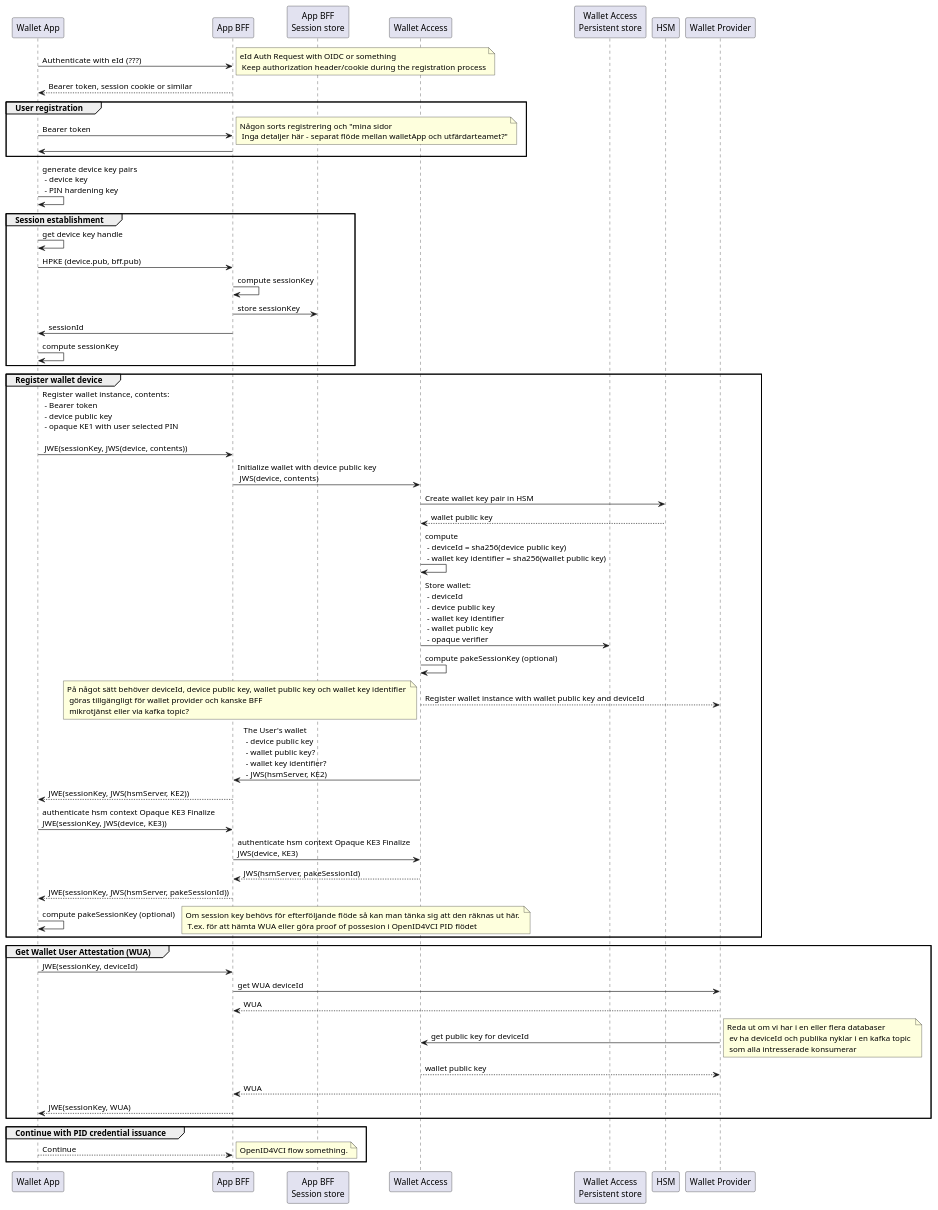
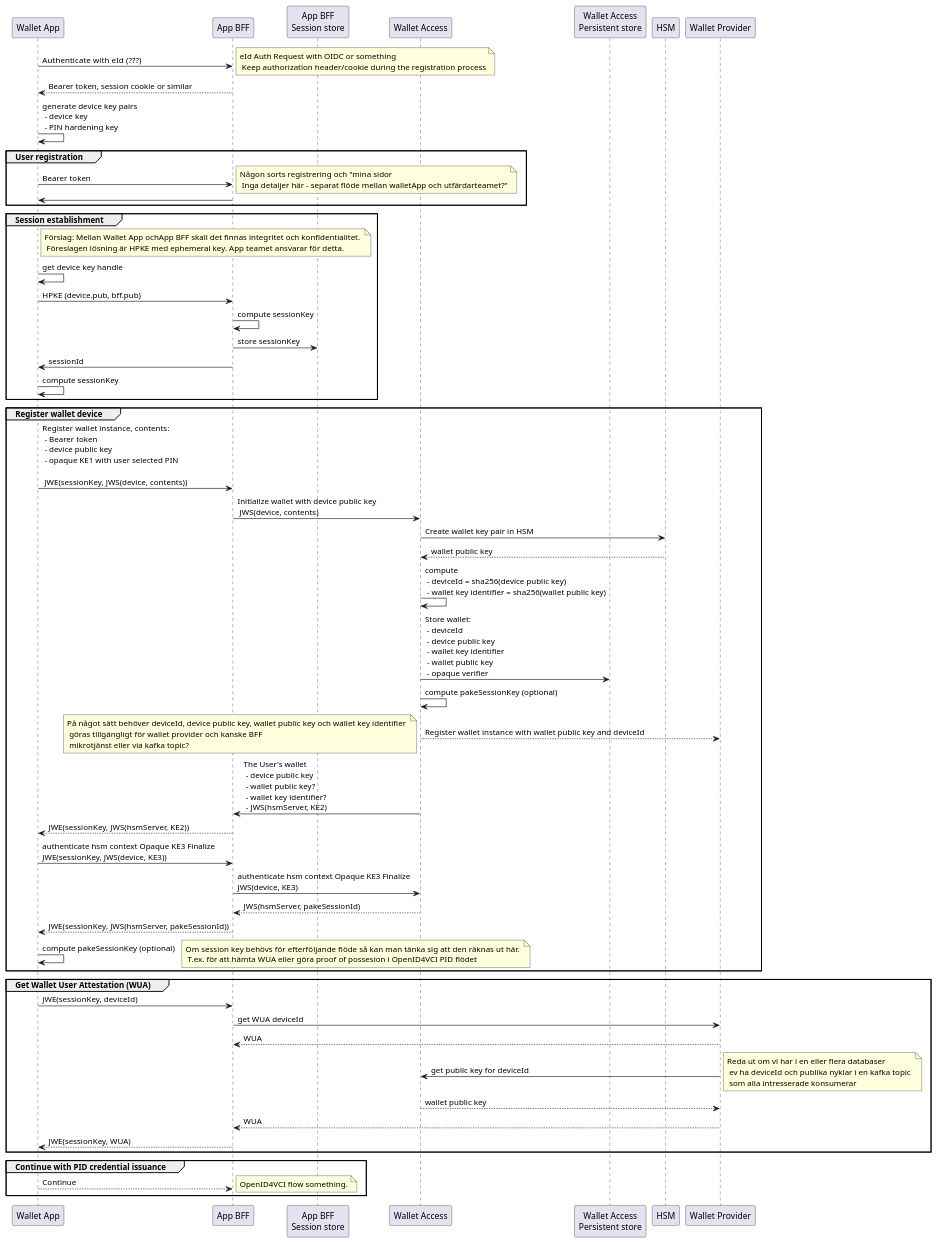
One commit to rpsops/r2ps-docs changed the diagram in registrering.md. Above: the diagram before and after it, drawn with PlantUML. The commit also changed other lines of this file and 1 other file, not shown here.

Commit message:
chore: add bff clarification

````diff
--- a/registrering.md
+++ b/registrering.md
@@ -5,75 +5,77 @@
 ```plantuml
 @startuml
 
 participant "Wallet App" as walletApp
 participant "App BFF" as walletBff
 participant "App BFF\nSession store" as sessionStore
 participant "Wallet Access" as walletAccess
 participant "Wallet Access\nPersistent store" as walletAccessPersistentStore
 participant "HSM" as hsm
 participant "Wallet Provider" as walletProvider
 
 
 walletApp -> walletBff: Authenticate with eId  (???)
 note right: eId Auth Request with OIDC or something \n Keep authorization header/cookie during the registration process
 walletBff --> walletApp: Bearer token, session cookie or similar
 
+
+walletApp -> walletApp: generate device key pairs\n - device key \n - PIN hardening key
+
 group User registration 
 walletApp -> walletBff: Bearer token 
 note right: Någon sorts registrering och "mina sidor \n Inga detaljer här - separat flöde mellan walletApp och utfärdarteamet?" 
 walletBff -> walletApp: 
 end
 
-walletApp -> walletApp: generate device key pairs\n - device key \n - PIN hardening key
-
 group Session establishment
+note right of walletApp: Förslag: Mellan Wallet App ochApp BFF skall det finnas integritet och konfidentialitet. \n Föreslagen lösning är HPKE med ephemeral key. App teamet ansvarar för detta.  
 walletApp -> walletApp: get device key handle
 walletApp -> walletBff: HPKE (device.pub, bff.pub)
 walletBff -> walletBff: compute sessionKey
 walletBff -> sessionStore: store sessionKey
 walletBff -> walletApp: sessionId 
 walletApp -> walletApp: compute sessionKey
 end
 group Register wallet device
 walletApp -> walletBff: Register wallet instance, contents: \n - Bearer token\n - device public key \n - opaque KE1 with user selected PIN\n \n JWE(sessionKey, JWS(device, contents))
 
 walletBff -> walletAccess: Initialize wallet with device public key \n JWS(device, contents)
 walletAccess -> hsm: Create wallet key pair in HSM
 hsm --> walletAccess: wallet public key
 walletAccess -> walletAccess: compute \n - deviceId = sha256(device public key) \n - wallet key identifier = sha256(wallet public key)
 walletAccess -> walletAccessPersistentStore: Store wallet: \n - deviceId \n - device public key \n - wallet key identifier \n - wallet public key \n - opaque verifier  
 walletAccess -> walletAccess: compute pakeSessionKey (optional)
 
 walletAccess --> walletProvider: Register wallet instance with wallet public key and deviceId 
 note left: På något sätt behöver deviceId, device public key, wallet public key och wallet key identifier \n göras tillgängligt för wallet provider och kanske BFF \n mikrotjänst eller via kafka topic?
 
 walletAccess -> walletBff: The User's wallet \n - device public key \n - wallet public key? \n - wallet key identifier? \n - JWS(hsmServer, KE2)
 
 walletBff --> walletApp: JWE(sessionKey, JWS(hsmServer, KE2))
 
 walletApp -> walletBff: authenticate hsm context Opaque KE3 Finalize\nJWE(sessionKey, JWS(device, KE3))
 walletBff -> walletAccess: authenticate hsm context Opaque KE3 Finalize\nJWS(device, KE3)
 walletAccess --> walletBff: JWS(hsmServer, pakeSessionId)
 walletBff --> walletApp: JWE(sessionKey, JWS(hsmServer, pakeSessionId))
 walletApp -> walletApp: compute pakeSessionKey (optional)
 note right: Om session key behövs för efterföljande flöde så kan man tänka sig att den räknas ut här. \n T.ex. för att hämta WUA eller göra proof of possesion i OpenID4VCI PID flödet
 
 end
 
 group Get Wallet User Attestation (WUA)
 walletApp -> walletBff: JWE(sessionKey, deviceId)
 walletBff -> walletProvider: get WUA deviceId
 walletProvider --> walletBff: WUA
 walletProvider -> walletAccess: get public key for deviceId
 note right: Reda ut om vi har i en eller flera databaser \n ev ha deviceId och publika nyklar i en kafka topic \n som alla intresserade konsumerar
 walletAccess --> walletProvider: wallet public key
 walletProvider --> walletBff: WUA 
 walletBff --> walletApp: JWE(sessionKey, WUA)
 end
 
 group Continue with PID credential issuance
 walletApp --> walletBff: Continue
 note right: OpenID4VCI flow something. 
 end
 
 ```
````
